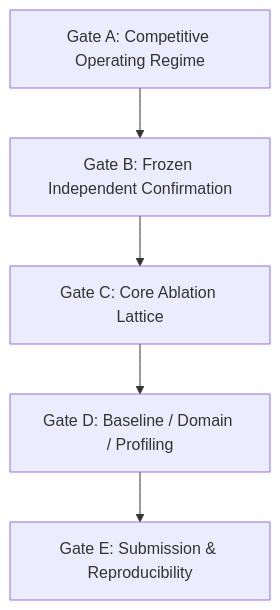
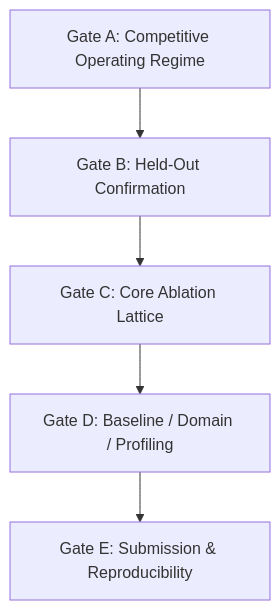
The diagram in docs/roadmap.md (emanuele-artioli/PointStream), drawn with Mermaid before and after one commit. The commit also changed other lines of this file and 12 other files, not shown here.

````diff
--- a/docs/roadmap.md
+++ b/docs/roadmap.md
@@ -12,7 +12,7 @@
 ```mermaid
 graph TD
-    GateA["Gate A: Competitive Operating Regime"] --> GateB["Gate B: Frozen Independent Confirmation"]
+    GateA["Gate A: Competitive Operating Regime"] --> GateB["Gate B: Held-Out Confirmation"]
     GateB --> GateC["Gate C: Core Ablation Lattice"]
     GateC --> GateD["Gate D: Baseline / Domain / Profiling"]
     GateD --> GateE["Gate E: Submission & Reproducibility"]
 ```
````
